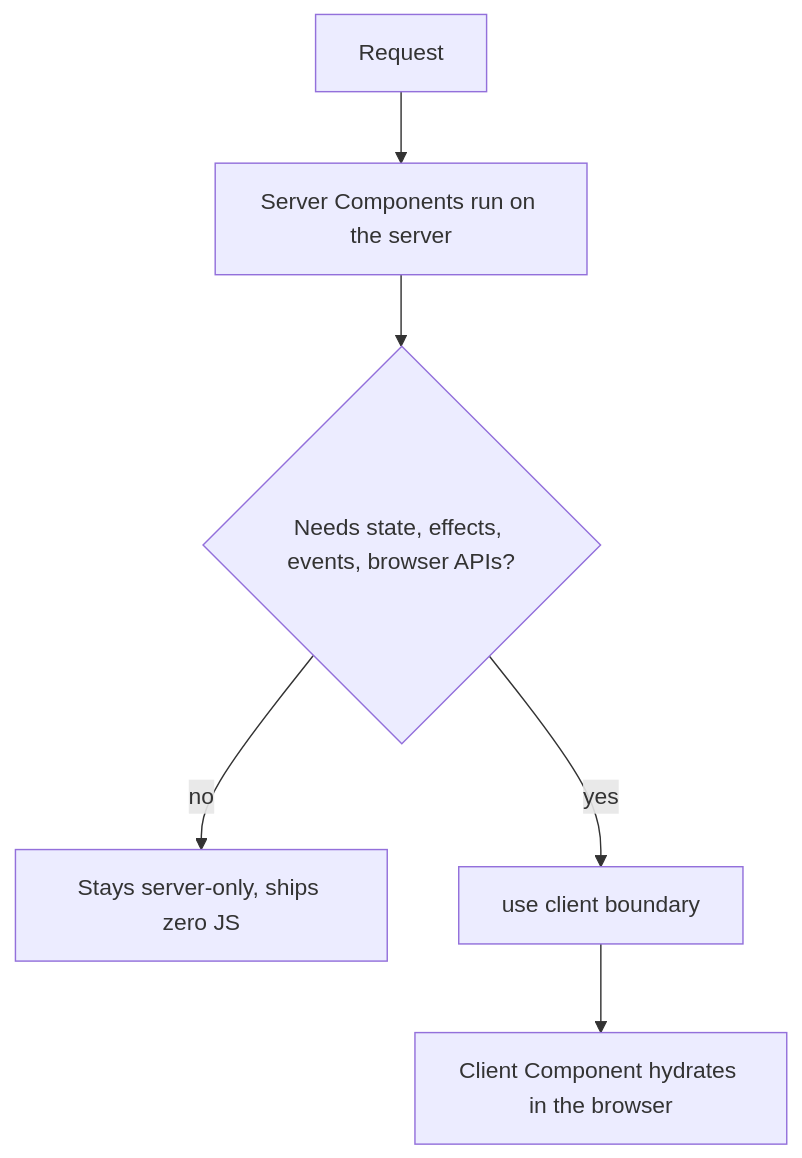
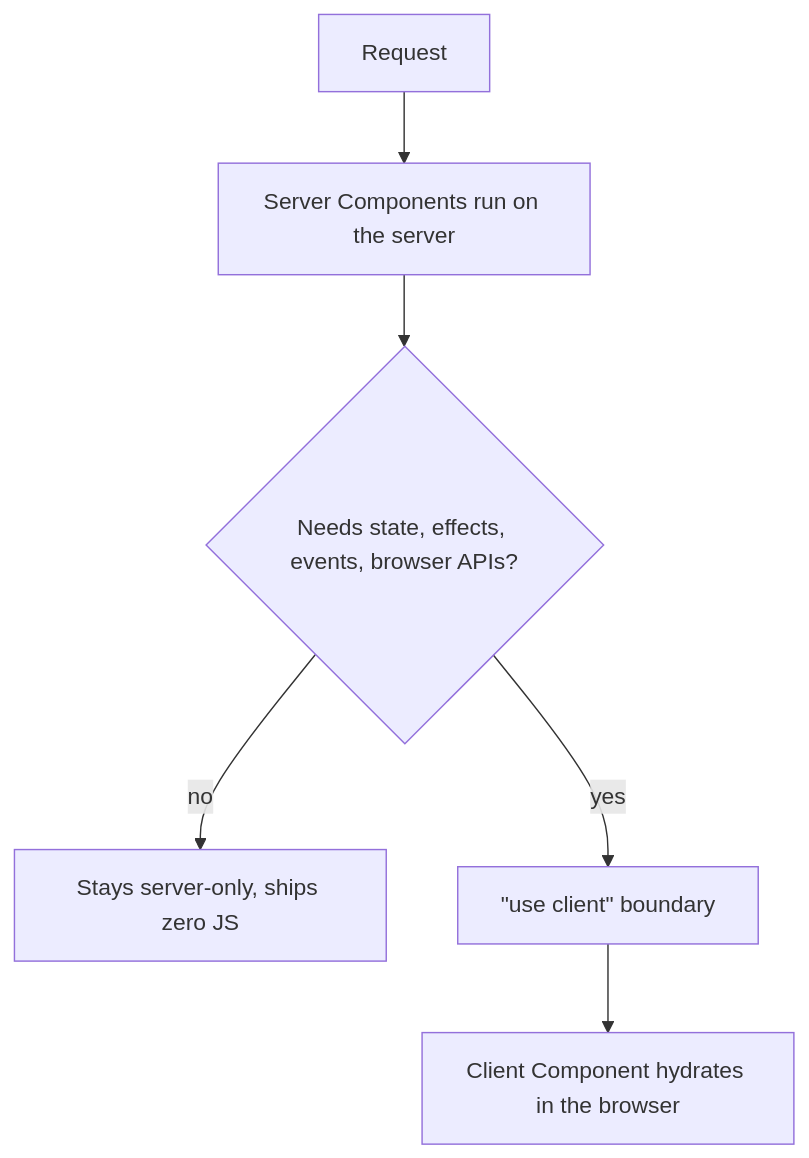
The first of 2 diagrams in apps/dojo/content/supplements/nextjs.md (Ayoubioussoufa/codearena), drawn with Mermaid before and after one commit. The commit also changed other lines of this file and 19 other files, not shown here.

````diff
--- a/apps/dojo/content/supplements/nextjs.md
+++ b/apps/dojo/content/supplements/nextjs.md
@@ -31,8 +31,8 @@
 ```mermaid
 flowchart TD
   A[Request] --> B[Server Components run on the server]
   B --> C{Needs state, effects, events, browser APIs?}
   C -->|no| D[Stays server-only, ships zero JS]
-  C -->|yes| E["use client" boundary]
+  C -->|yes| E["#quot;use client#quot; boundary"]
   E --> F[Client Component hydrates in the browser]
 ```
````
